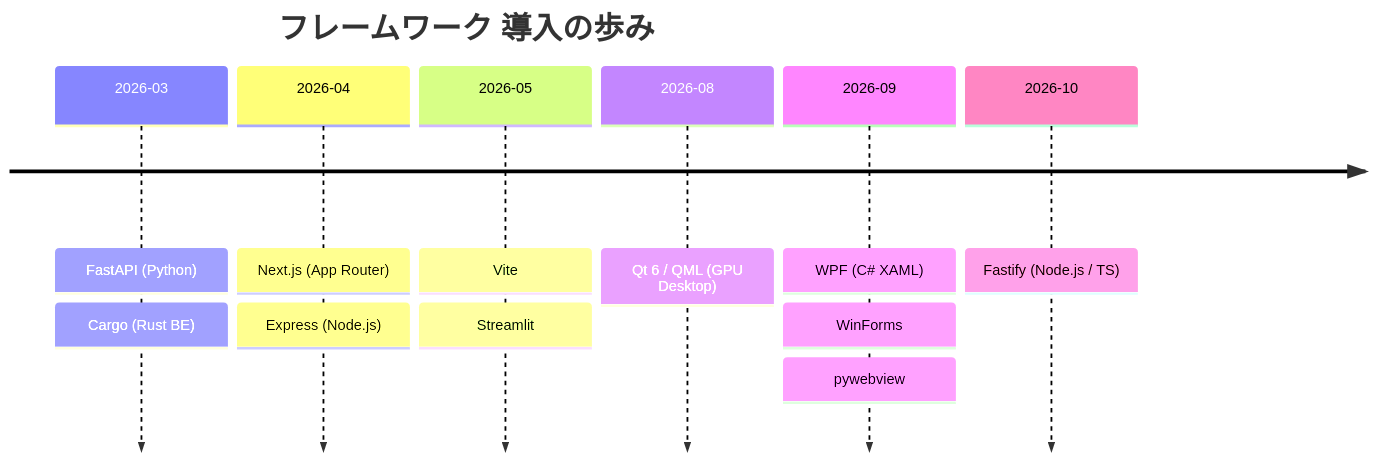
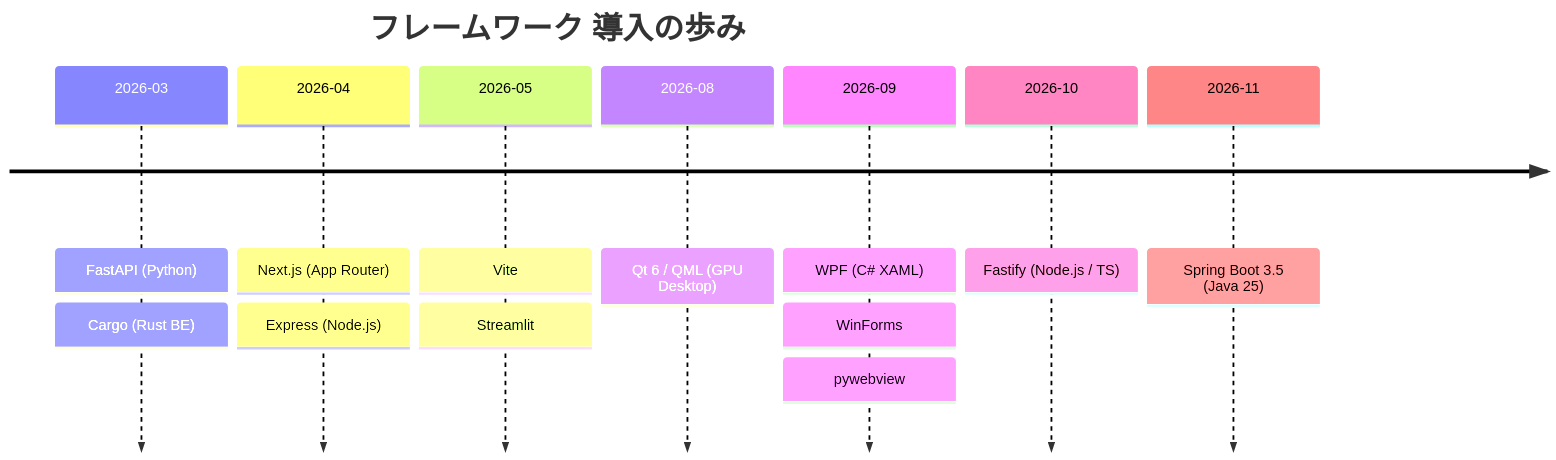
The second of 5 diagrams in tech_acquisition_matrix.md (maktak-105/myskill-manage), drawn with Mermaid before and after one commit. The commit also changed other lines of this file and 8 other files, not shown here.

````diff
--- a/tech_acquisition_matrix.md
+++ b/tech_acquisition_matrix.md
@@ -44,10 +47,11 @@
 ```mermaid
 timeline
     title フレームワーク 導入の歩み
     2026-03 : FastAPI (Python) : Cargo (Rust BE)
     2026-04 : Next.js (App Router) : Express (Node.js)
     2026-05 : Vite : Streamlit
     2026-08 : Qt 6 / QML (GPU Desktop)
     2026-09 : WPF (C# XAML) : WinForms : pywebview
     2026-10 : Fastify (Node.js / TS)
+    2026-11 : Spring Boot 3.5 (Java 25)
 ```
````
